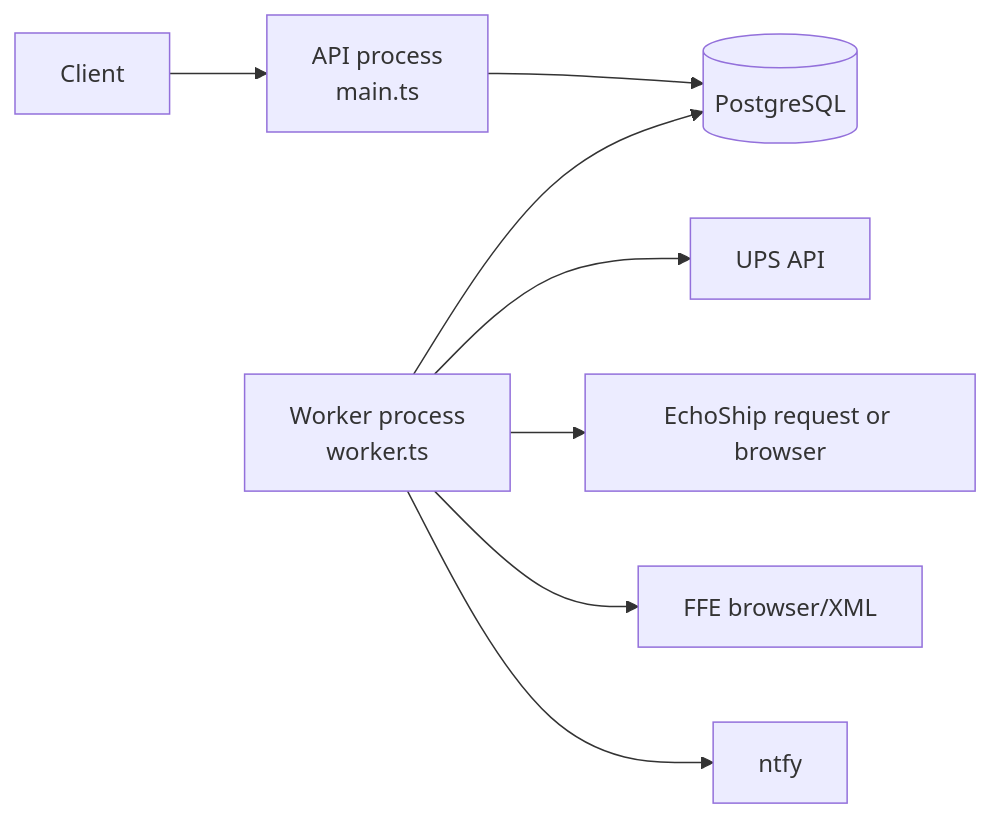
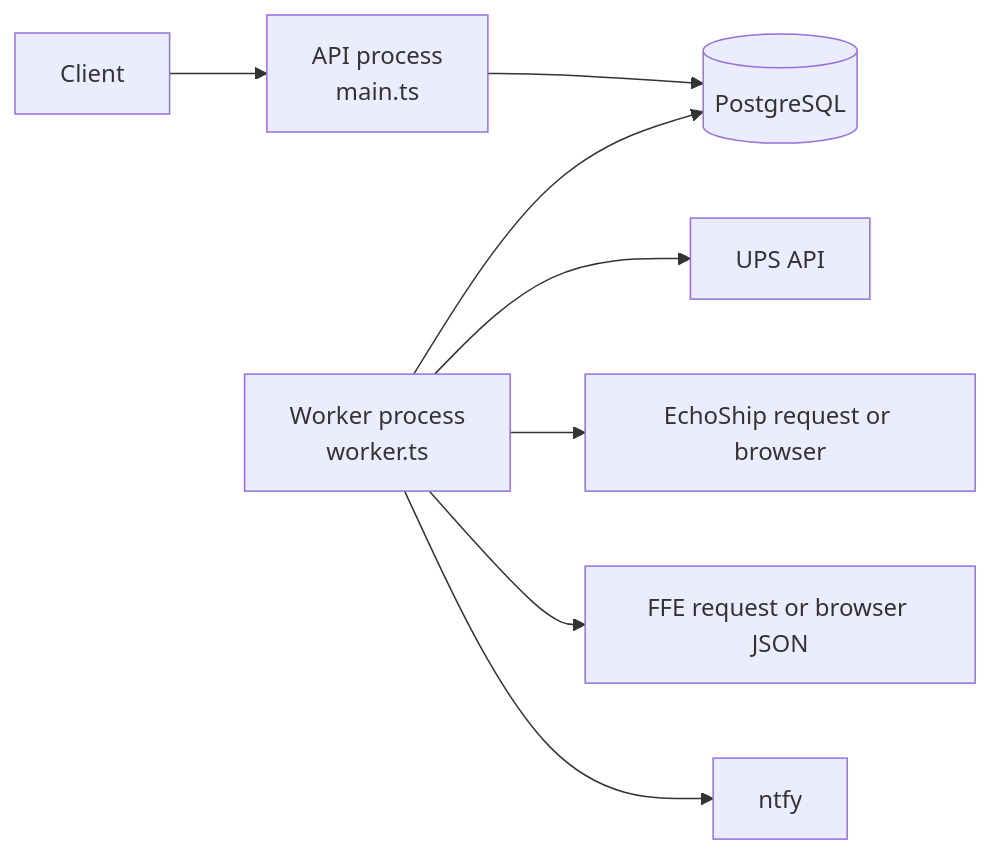
The diagram in docs/v1/architecture.md (jeffrey125/grd-dashboard-be), drawn with Mermaid before and after one commit. The commit also changed other lines of this file and 9 other files, not shown here.

````diff
--- a/docs/v1/architecture.md
+++ b/docs/v1/architecture.md
@@ -5,10 +5,10 @@
 ```mermaid
 flowchart LR
     Client --> API[API process\nmain.ts]
     API --> DB[(PostgreSQL)]
     Worker[Worker process\nworker.ts] --> DB
     Worker --> UPS[UPS API]
     Worker --> Echo[EchoShip request or browser]
-    Worker --> FFE[FFE browser/XML]
+    Worker --> FFE[FFE request or browser JSON]
     Worker --> Ntfy[ntfy]
 ```
````
